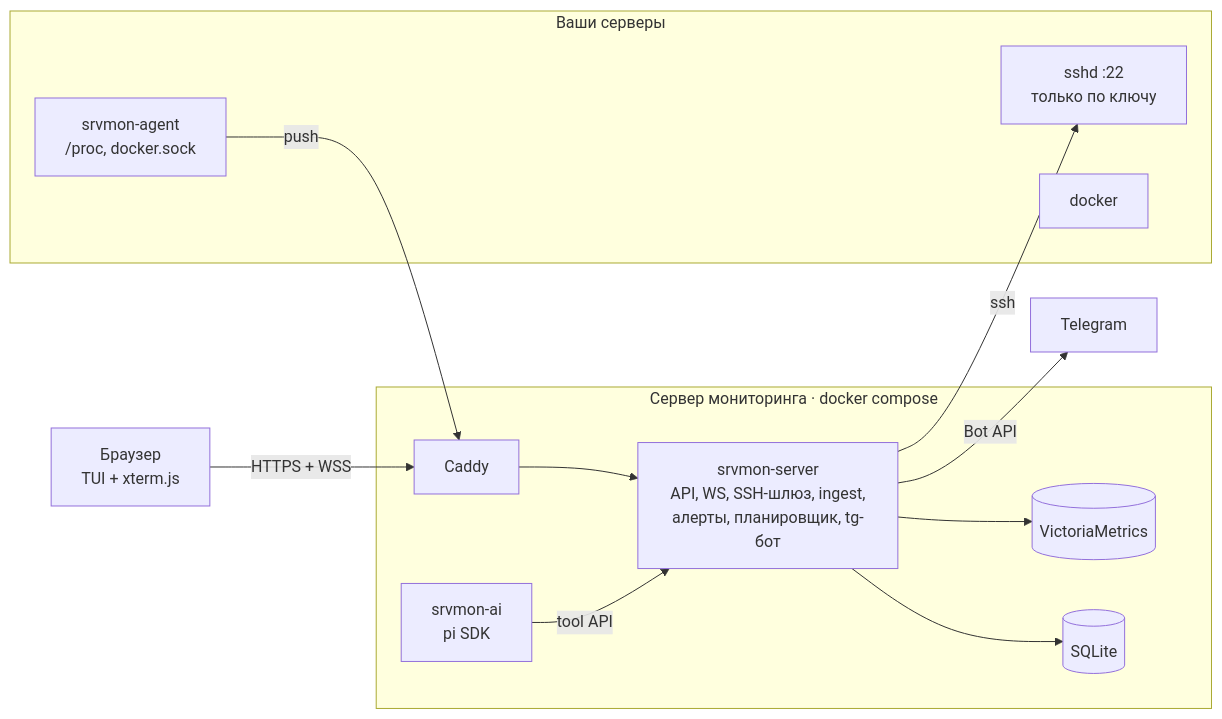
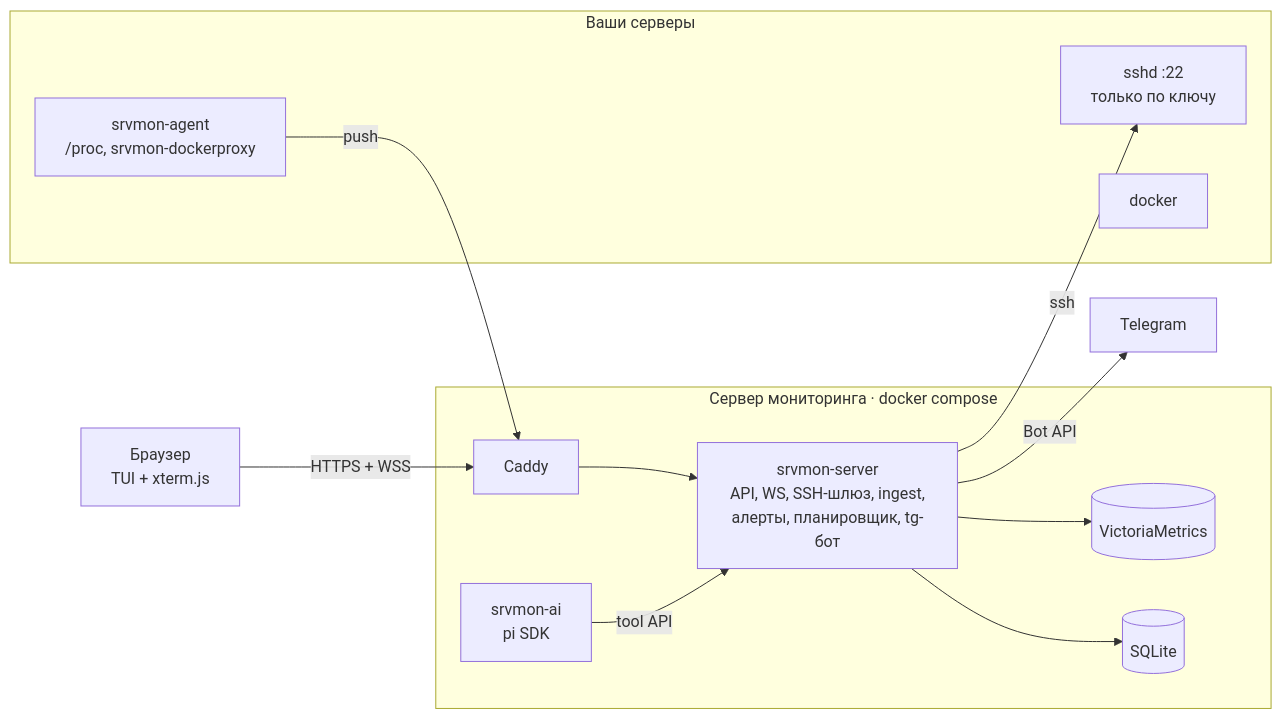
The first of 2 diagrams in docs/architecture.md (askidmobile/srvmon), drawn with Mermaid before and after one commit. The commit also changed other lines of this file and 33 other files, not shown here.

First line of the commit message:
Narrow agent and srvmon rights: docker proxy and sudo modes (#31)

````diff
--- a/docs/architecture.md
+++ b/docs/architecture.md
@@ -20,18 +20,18 @@
 ```mermaid
 flowchart LR
   B[Браузер<br/>TUI + xterm.js] -->|HTTPS + WSS| C[Caddy]
   subgraph M[Сервер мониторинга · docker compose]
     C --> S[srvmon-server<br/>API, WS, SSH-шлюз, ingest,<br/>алерты, планировщик, tg-бот]
     S --> VM[(VictoriaMetrics)]
     S --> DB[(SQLite)]
     AI[srvmon-ai<br/>pi SDK] -->|tool API| S
   end
   subgraph T[Ваши серверы]
-    A[srvmon-agent<br/>/proc, docker.sock]
+    A[srvmon-agent<br/>/proc, srvmon-dockerproxy]
     SSH[sshd :22<br/>только по ключу]
     D[docker]
   end
   A -->|push| C
   S -->|ssh| SSH
   S -->|Bot API| TG[Telegram]
 ```
````
